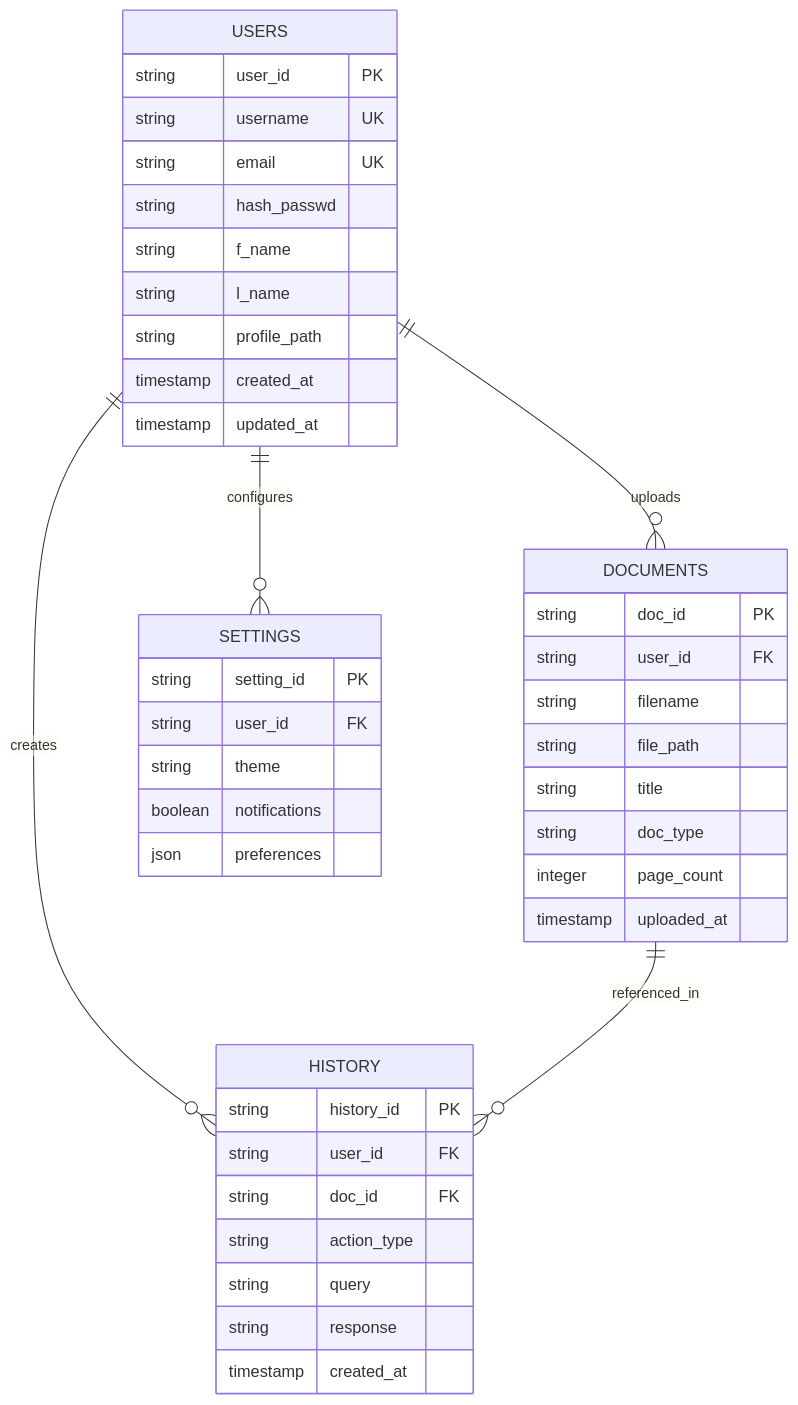
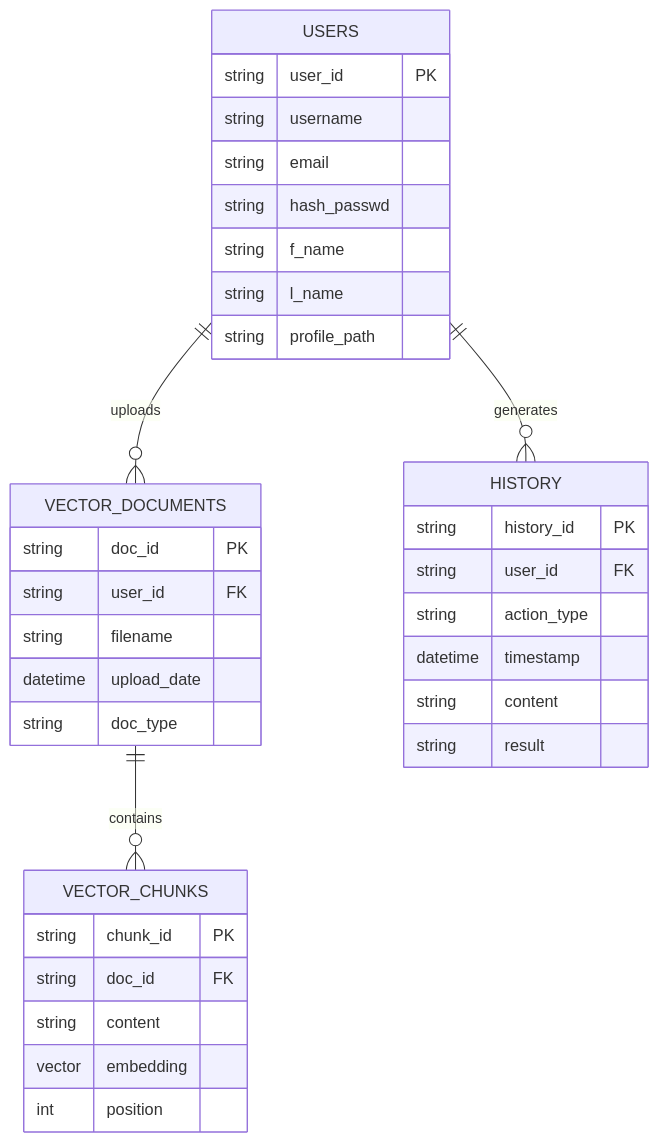
One commit to PradnyaKarmalkar/AI-Inspired-Research-Tool changed the seventh of 9 diagrams in project_analysis.md. Above: the diagram before and after it, drawn with Mermaid. The commit also changed other lines of this file and 152 other files, not shown here.

````diff
--- a/project_analysis.md
+++ b/project_analysis.md
@@ -503,48 +351,41 @@
 ```mermaid
 erDiagram
     USERS {
         string user_id PK
-        string username UK
-        string email UK
+        string username
+        string email
         string hash_passwd
         string f_name
         string l_name
         string profile_path
-        timestamp created_at
-        timestamp updated_at
     }
     
-    DOCUMENTS {
+    VECTOR_DOCUMENTS {
         string doc_id PK
         string user_id FK
         string filename
-        string file_path
-        string title
+        datetime upload_date
         string doc_type
-        integer page_count
-        timestamp uploaded_at
+    }
+    
+    VECTOR_CHUNKS {
+        string chunk_id PK
+        string doc_id FK
+        string content
+        vector embedding
+        int position
     }
     
     HISTORY {
         string history_id PK
         string user_id FK
-        string doc_id FK
         string action_type
-        string query
-        string response
-        timestamp created_at
+        datetime timestamp
+        string content
+        string result
     }
     
-    SETTINGS {
-        string setting_id PK
-        string user_id FK
-        string theme
-        boolean notifications
-        json preferences
-    }
-    
-    USERS ||--o{ DOCUMENTS : uploads
-    USERS ||--o{ HISTORY : creates
-    USERS ||--o{ SETTINGS : configures
-    DOCUMENTS ||--o{ HISTORY : referenced_in
+    USERS ||--o{ VECTOR_DOCUMENTS : uploads
+    VECTOR_DOCUMENTS ||--o{ VECTOR_CHUNKS : contains
+    USERS ||--o{ HISTORY : generates
 ```
````
